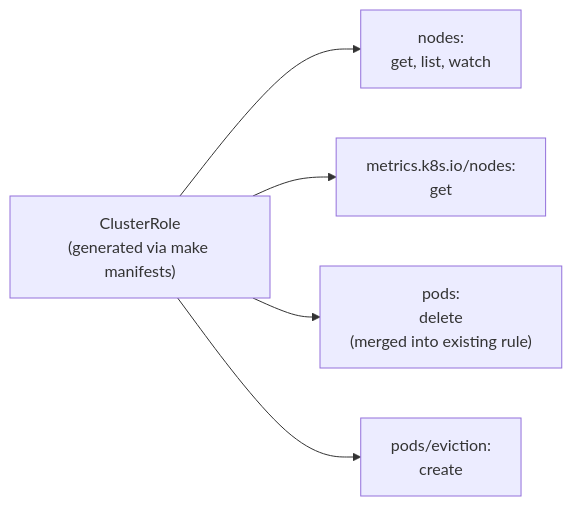
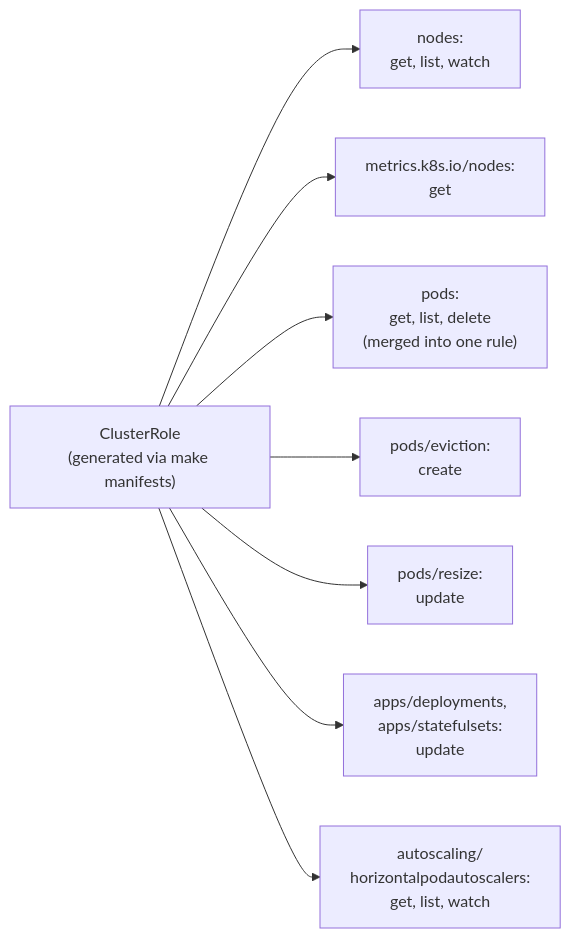
Diagram 18 of 29 in internal/rebalance/README.md (HIRO-MicroDataCenters-BV/hiro-adaptive-orchestrator), drawn with Mermaid before and after one commit. The commit also changed other lines of this file and 11 other files, not shown here.

Commit message:
Add AdjustResources enactor for the rebalance engine: patches a named container's CPU/Memory on the workload template, with best-effort in-place resize via the K8s 1.27+ resize subresource and a guardrail that defers workloads with no existing resource limits instead of imposing new ones.

````diff
--- a/internal/rebalance/README.md
+++ b/internal/rebalance/README.md
@@ -872,7 +966,10 @@
 ```mermaid
 flowchart LR
     Role["ClusterRole<br/>(generated via make manifests)"] --> Nodes["nodes:<br/>get, list, watch"]
     Role --> Metrics["metrics.k8s.io/nodes:<br/>get"]
-    Role --> PodsDel["pods:<br/>delete<br/>(merged into existing rule)"]
+    Role --> Pods["pods:<br/>get, list, delete<br/>(merged into one rule)"]
     Role --> PodsEvict["pods/eviction:<br/>create"]
+    Role --> PodsResize["pods/resize:<br/>update"]
+    Role --> Workloads["apps/deployments,<br/>apps/statefulsets:<br/>update"]
+    Role --> HPA["autoscaling/<br/>horizontalpodautoscalers:<br/>get, list, watch"]
 ```
````
